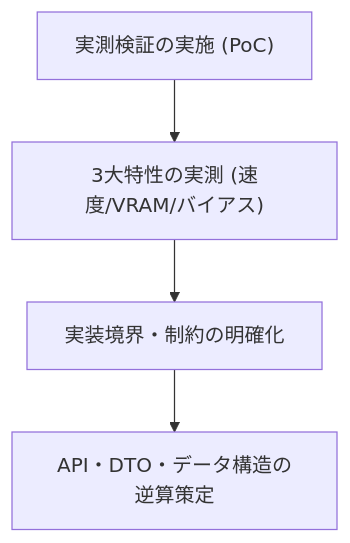
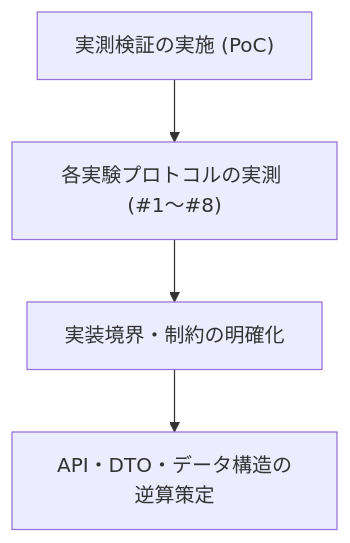
Before and after one commit to xzyozi/jev-localsystem: the diagram in docs/test/JEV-TEST-001_検証方法設計書.md, drawn with Mermaid. The commit also changed other lines of this file, not shown here.

````diff
--- a/docs/test/JEV-TEST-001_検証方法設計書.md
+++ b/docs/test/JEV-TEST-001_検証方法設計書.md
@@ -34,6 +34,6 @@
 ```mermaid
 flowchart TD
-    PoC["実測検証の実施 (PoC)"] --> Meas["3大特性の実測 (速度/VRAM/バイアス)"]
+    PoC["実測検証の実施 (PoC)"] --> Meas["各実験プロトコルの実測 (#1〜#8)"]
     Meas --> Bound["実装境界・制約の明確化"]
     Bound --> Design["API・DTO・データ構造の逆算策定"]
 ```
````
